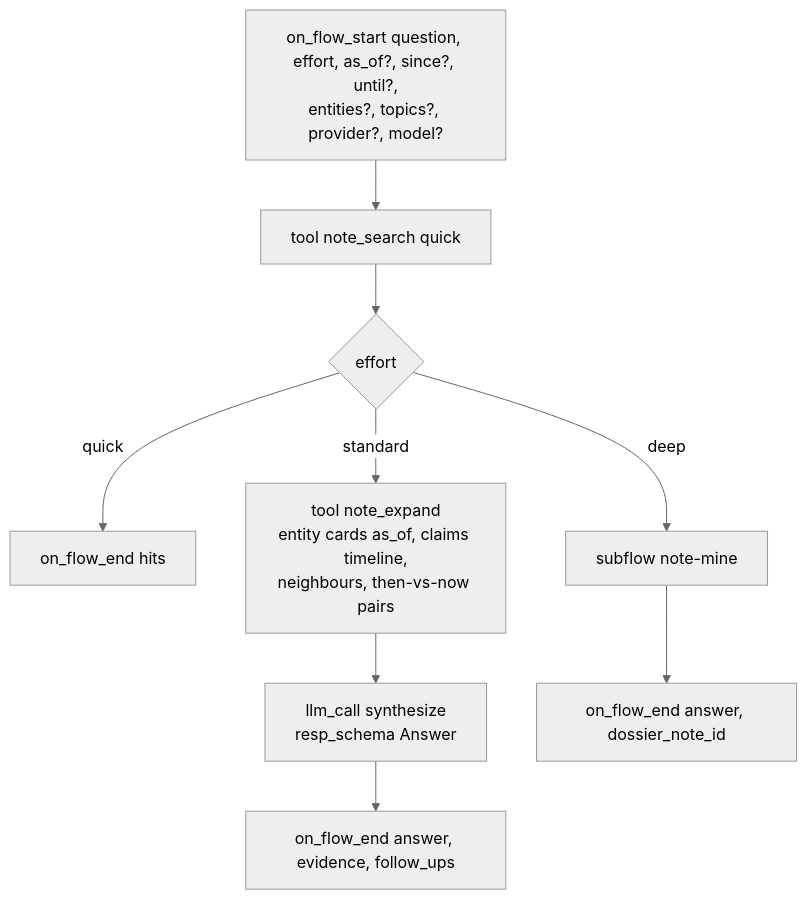
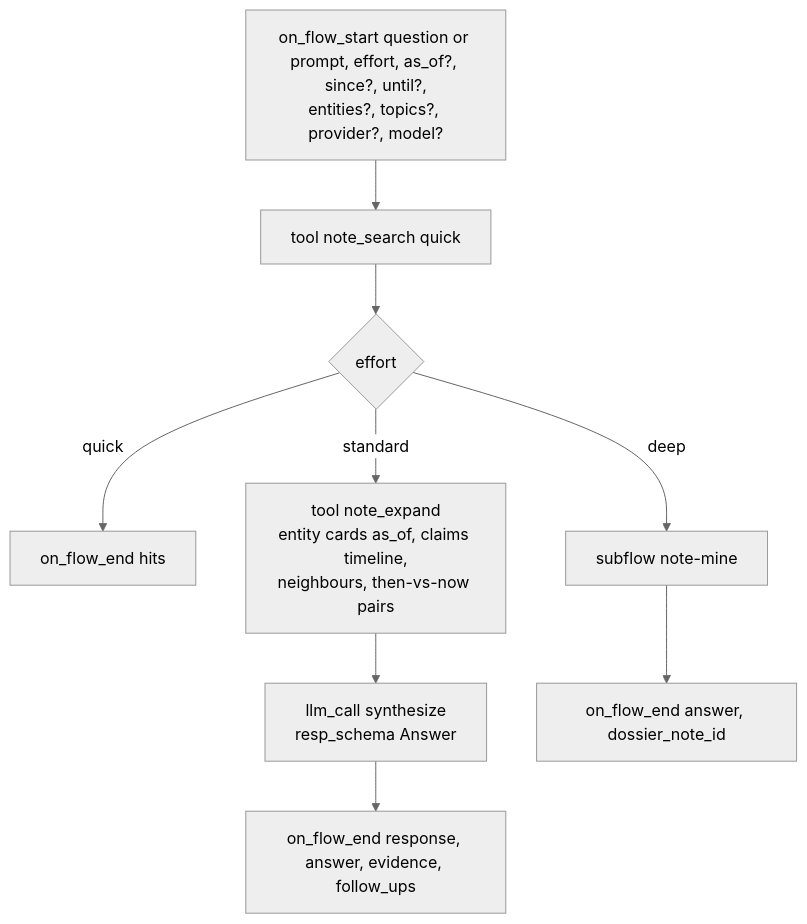
Before and after one commit to lpalbou/AbstractNote: the fourth of 4 diagrams in docs/cognition.md, drawn with Mermaid (neutral theme). The commit also changed other lines of this file and 7 other files, not shown here.

Commit message:
Design amendments after adversarial review 01: idempotent capture ids, close_assertion supersession, artifact-only tools in gateway, approval set, agent contract alias, user actions, relation timelines, since-you-last-looked, cue cards, evidence chains

````diff
--- a/docs/cognition.md
+++ b/docs/cognition.md
@@ -128,10 +145,10 @@
 ```mermaid
 flowchart TD
-    S[on_flow_start question, effort, as_of?, since?, until?,<br/>entities?, topics?, provider?, model?] --> Q[tool note_search quick]
+    S[on_flow_start question or prompt, effort, as_of?, since?, until?,<br/>entities?, topics?, provider?, model?] --> Q[tool note_search quick]
     Q --> E{effort}
     E -- quick --> Z1[on_flow_end hits]
     E -- standard --> X[tool note_expand<br/>entity cards as_of, claims timeline,<br/>neighbours, then-vs-now pairs]
     X --> L[llm_call synthesize<br/>resp_schema Answer]
-    L --> Z2[on_flow_end answer, evidence, follow_ups]
+    L --> Z2[on_flow_end response, answer, evidence, follow_ups]
     E -- deep --> M[subflow note-mine] --> Z3[on_flow_end answer, dossier_note_id]
 ```
````
